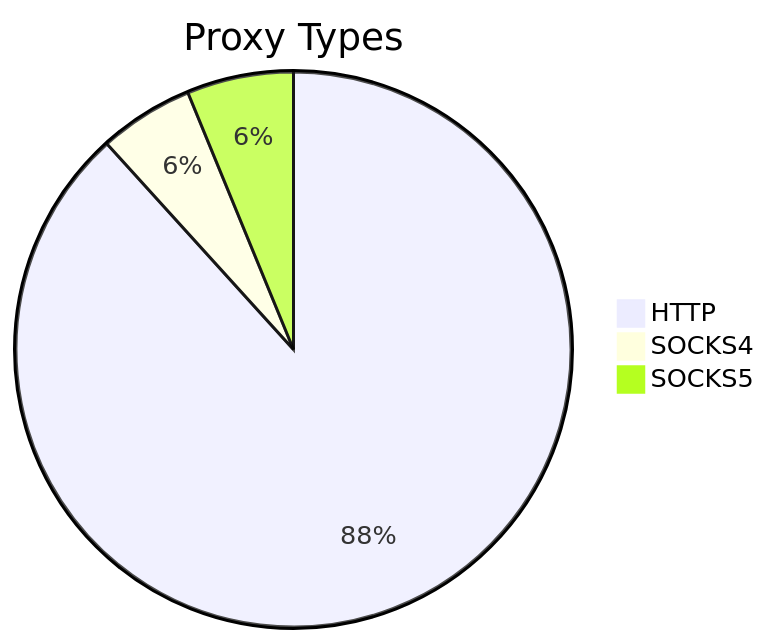
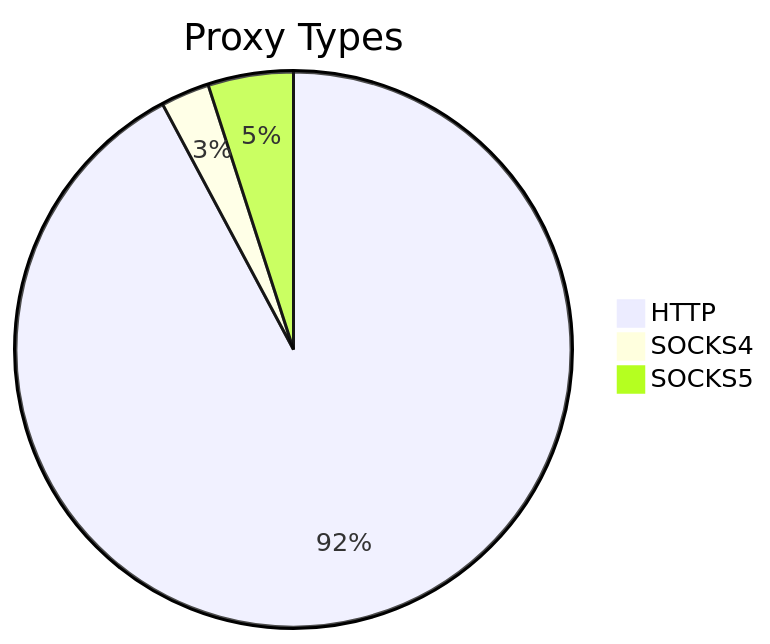
Before and after one commit to stormsia/proxy-list: the first of 2 diagrams in README.md, drawn with Mermaid. The commit also changed other lines of this file, not shown here.

````diff
--- a/README.md
+++ b/README.md
@@ -21,6 +21,6 @@
 ```mermaid
 pie title Proxy Types
-    "HTTP" : 128
-    "SOCKS4" : 8
-    "SOCKS5" : 9
+    "HTTP" : 130
+    "SOCKS4" : 4
+    "SOCKS5" : 7
 ```
````
